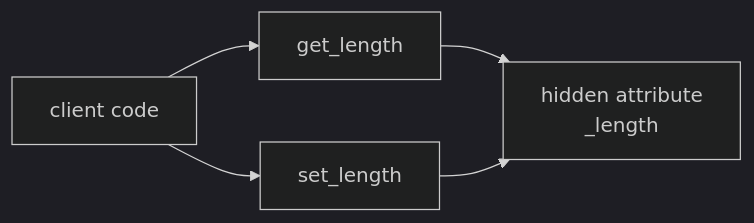
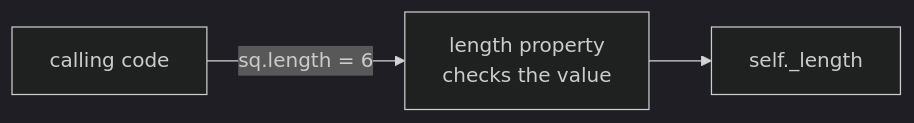
One commit to FeikoWielsma/courseWare-Python-Programming changed the diagram in src/slides/11-python-classes/11-python-classes.md. Above: the diagram before and after it, drawn with Mermaid (dark theme). The commit also changed other lines of this file and 22 other files, not shown here.

````diff
--- a/src/slides/11-python-classes/11-python-classes.md
+++ b/src/slides/11-python-classes/11-python-classes.md
@@ -378,7 +338,4 @@
 ```mermaid
 flowchart LR
-  A[client code] --> B[get_length]
-  A --> C[set_length]
-  B --> D[hidden attribute<br/>_length]
-  C --> D
+  A[calling code] -->|sq.length = 6| B[length property<br/>checks the value] --> C[self._length]
 ```
````
